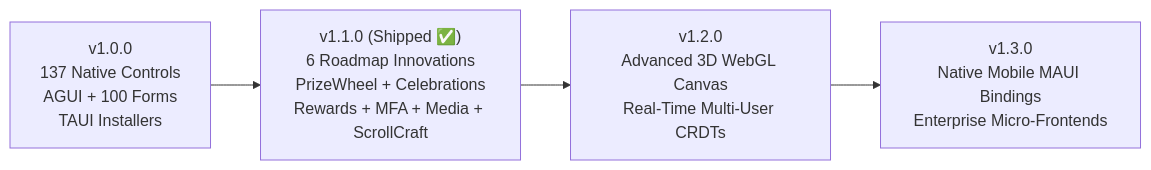
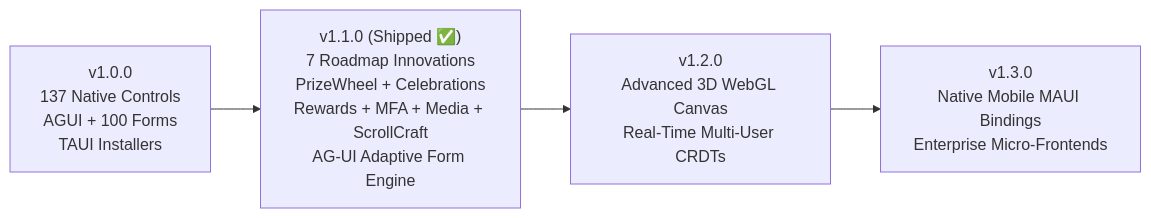
The diagram in docs/ROADMAP.md (donpotts/BlazorTailwindUI), drawn with Mermaid before and after one commit. The commit also changed other lines of this file and 10 other files, not shown here.

Commit message:
feat(agui): add AG-UI adaptive form engine, HITL approval gate, and update roadmap

````diff
--- a/docs/ROADMAP.md
+++ b/docs/ROADMAP.md
@@ -152,6 +174,6 @@
 ```mermaid
 flowchart LR
-    A["v1.0.0<br/>137 Native Controls<br/>AGUI + 100 Forms<br/>TAUI Installers"] --> B["v1.1.0 (Shipped ✅)<br/>6 Roadmap Innovations<br/>PrizeWheel + Celebrations<br/>Rewards + MFA + Media + ScrollCraft"]
+    A["v1.0.0<br/>137 Native Controls<br/>AGUI + 100 Forms<br/>TAUI Installers"] --> B["v1.1.0 (Shipped ✅)<br/>7 Roadmap Innovations<br/>PrizeWheel + Celebrations<br/>Rewards + MFA + Media + ScrollCraft<br/>AG-UI Adaptive Form Engine"]
     B --> C["v1.2.0<br/>Advanced 3D WebGL Canvas<br/>Real-Time Multi-User CRDTs"]
     C --> D["v1.3.0<br/>Native Mobile MAUI Bindings<br/>Enterprise Micro-Frontends"]
 ```
````
